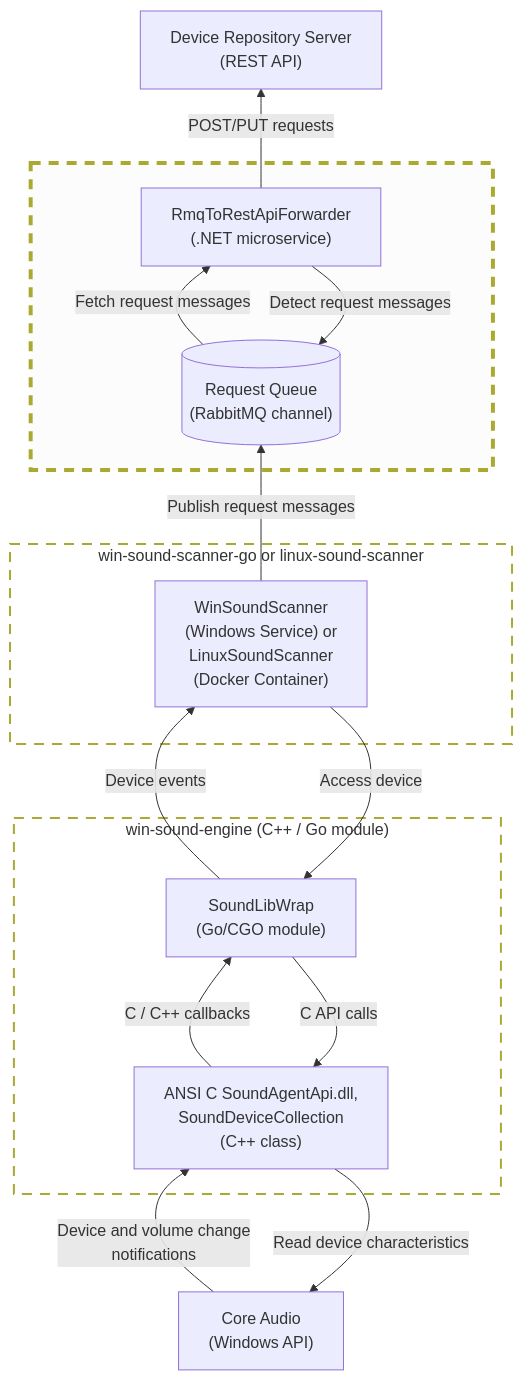
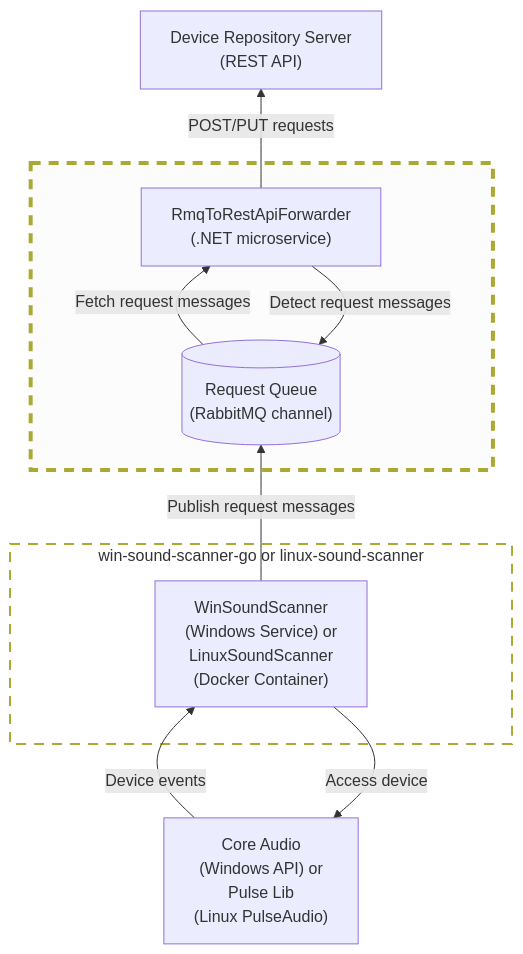
The first of 2 diagrams in README.md (collect-sound-devices/rmq-to-rest-api-forwarder), drawn with Mermaid before and after one commit.

Commit message:
Update API descriptions and remove unused components

````diff
--- a/README.md
+++ b/README.md
@@ -13,51 +13,35 @@
 ```mermaid
 flowchart BT
 
 classDef dottedBox fill:transparent, fill-opacity:0.55, stroke-dasharray:10 8, stroke-width:2px;
 classDef stressedBox fill:#f0f0f0, fill-opacity:0.2, stroke-dasharray:10 8, stroke-width:4px;
 classDef invisibleNode fill:transparent, stroke:transparent;
 
-coreAudioApi["Core Audio<br>(Windows API)"]
-
-subgraph scannerBackend["win-sound-engine (C++ / Go module)"]
-    invisible3["<br><br><br><br><br>"]
-    class invisible3 invisibleNode
-    goCgoWrapper["SoundLibWrap<br>(Go/CGO module)"]
-    soundAgentApiDll["ANSI C SoundAgentApi.dll,<br>SoundDeviceCollection<br>(C++ class)"]
-    invisible4["<br><br><br><br><br>"]
-    class invisible4 invisibleNode
-end
-class scannerBackend dottedBox
-
-coreAudioApi -->|Device and volume change<br>notifications| soundAgentApiDll
-soundAgentApiDll --> |Read device characteristics| coreAudioApi
+coreAudioApi["Core Audio<br>(Windows API) or<br>Pulse Lib<br>(Linux PulseAudio)"]
 
 subgraph scannerService["win-sound-scanner-go or linux-sound-scanner"]
     invisible1["<br><br><br><br><br>"]
     class invisible1 invisibleNode
     winSoundScannerService["WinSoundScanner<br>(Windows Service) or<br>LinuxSoundScanner<br>(Docker Container)"]
     invisible2["<br><br><br><br><br>"]
     class invisible2 invisibleNode
 end
 class scannerService dottedBox
 
 subgraph requestQueueMicroservice["<br>"]
     requestQueue[("Request Queue<br>(RabbitMQ channel)")]
     rabbitMqRestForwarder["RmqToRestApiForwarder<br>(.NET microservice)"]
 end
 class requestQueueMicroservice stressedBox
 
 deviceRepositoryApi["Device Repository Server<br>(REST API)"]
 
-winSoundScannerService --> |Access device| goCgoWrapper
-goCgoWrapper -->|Device events| winSoundScannerService
-
-goCgoWrapper --> |C API calls| soundAgentApiDll
-soundAgentApiDll -->|C / C++ callbacks| goCgoWrapper
+winSoundScannerService --> |Access device| coreAudioApi
+coreAudioApi -->|Device events| winSoundScannerService
 
 winSoundScannerService -->|Publish request messages| requestQueue
 
 requestQueue -->|Fetch request messages| rabbitMqRestForwarder
 rabbitMqRestForwarder --> |Detect request messages| requestQueue
 rabbitMqRestForwarder -->|POST/PUT requests| deviceRepositoryApi
 ```
````
